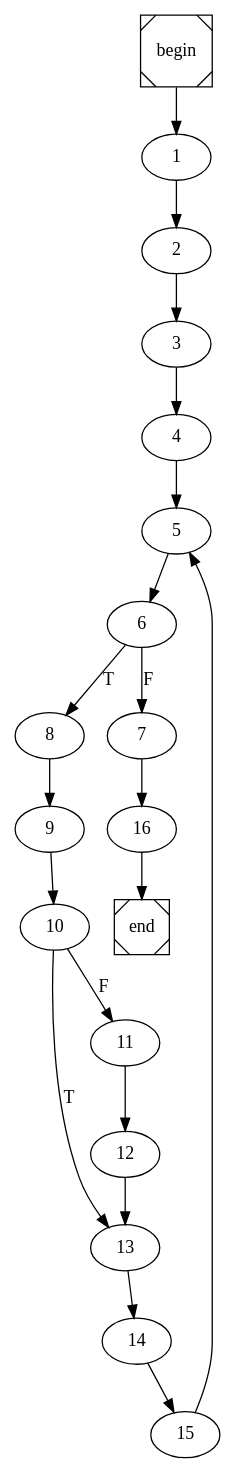
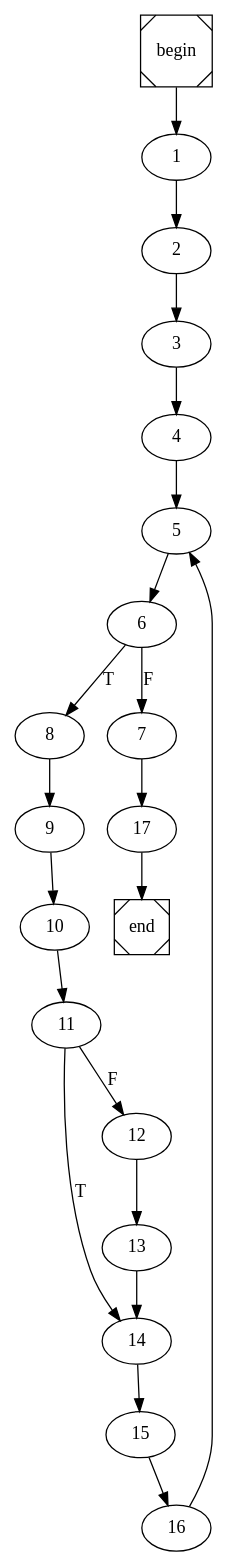
The diagram in find_maximum.dot (arubenruben/JMM-Compiler), drawn with Graphviz before and after one commit. The commit also changed 11 other files, not shown here.

```diff
--- a/find_maximum.dot
+++ b/find_maximum.dot
@@ -1,4 +1,4 @@
 digraph cfg {
 	begin [shape=Msquare];
 	end [shape=Msquare];
-	begin -> 1;	1 -> 2;	2 -> 3;	3 -> 4;	4 -> 5;	5 -> 6;	6 -> 8[label=T];	6 -> 7[label=F];	7 -> 16;	8 -> 9;	9 -> 10;	10 -> 13[label=T];	10 -> 11[label=F];	11 -> 12;	12 -> 13;	13 -> 14;	14 -> 15;	15 -> 5;	16 -> end;}
+	begin -> 1;	1 -> 2;	2 -> 3;	3 -> 4;	4 -> 5;	5 -> 6;	6 -> 8[label=T];	6 -> 7[label=F];	7 -> 17;	8 -> 9;	9 -> 10;	10 -> 11;	11 -> 14[label=T];	11 -> 12[label=F];	12 -> 13;	13 -> 14;	14 -> 15;	15 -> 16;	16 -> 5;	17 -> end;}
```
